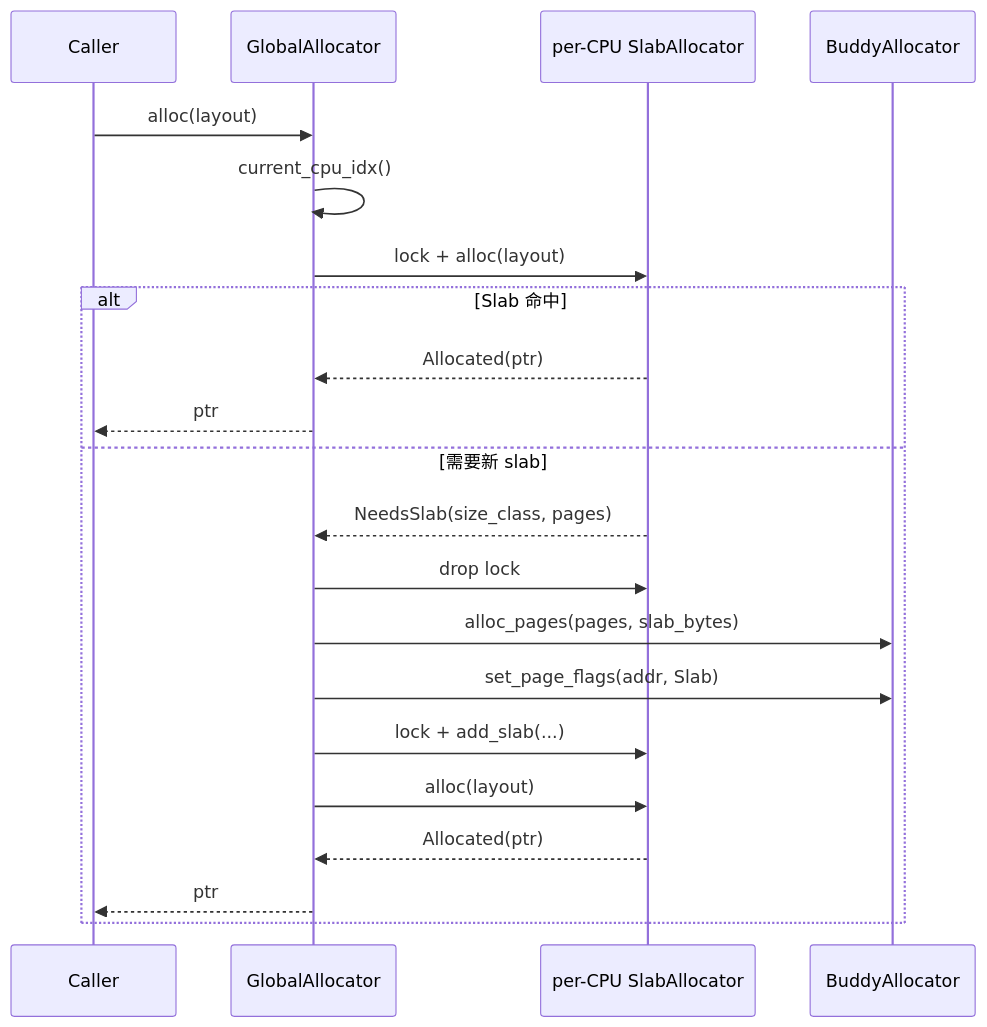
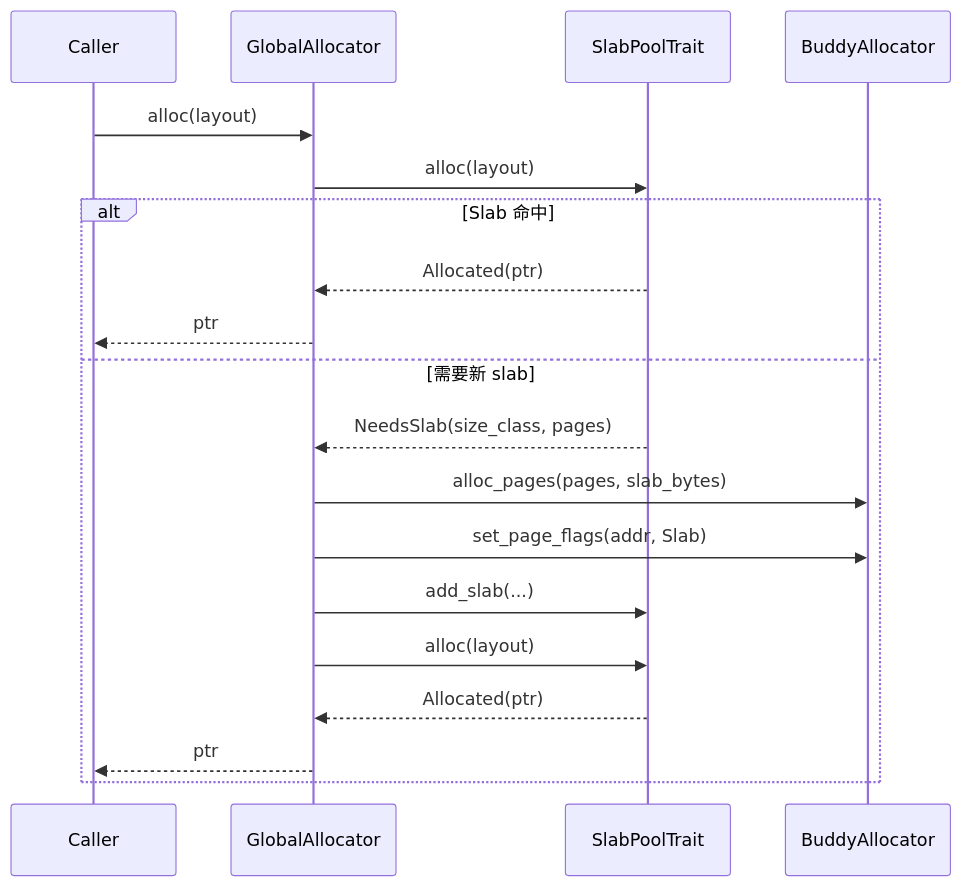
The seventh of 8 diagrams in docs/design.md (arceos-hypervisor/buddy-slab-allocator), drawn with Mermaid before and after one commit. The commit also changed other lines of this file and 10 other files, not shown here.

First line of the commit message:
Refactor global allocator to support singleton pattern and improve slab management

````diff
--- a/docs/design.md
+++ b/docs/design.md
@@ -367,24 +365,22 @@
 ```mermaid
 sequenceDiagram
     participant Caller
     participant GA as GlobalAllocator
-    participant S as per-CPU SlabAllocator
+    participant P as SlabPoolTrait
     participant B as BuddyAllocator
 
     Caller->>GA: alloc(layout)
-    GA->>GA: current_cpu_idx()
-    GA->>S: lock + alloc(layout)
+    GA->>P: alloc(layout)
     alt Slab 命中
-        S-->>GA: Allocated(ptr)
+        P-->>GA: Allocated(ptr)
         GA-->>Caller: ptr
     else 需要新 slab
-        S-->>GA: NeedsSlab(size_class, pages)
-        GA->>S: drop lock
+        P-->>GA: NeedsSlab(size_class, pages)
         GA->>B: alloc_pages(pages, slab_bytes)
         GA->>B: set_page_flags(addr, Slab)
-        GA->>S: lock + add_slab(...)
-        GA->>S: alloc(layout)
-        S-->>GA: Allocated(ptr)
+        GA->>P: add_slab(...)
+        GA->>P: alloc(layout)
+        P-->>GA: Allocated(ptr)
         GA-->>Caller: ptr
     end
 ```
````
